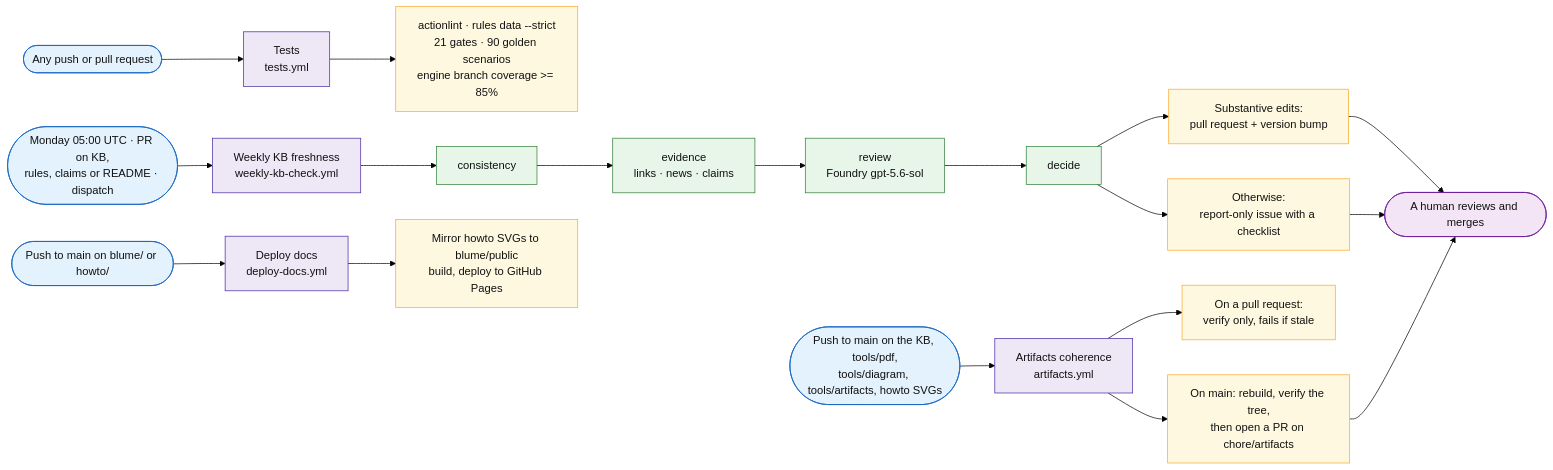
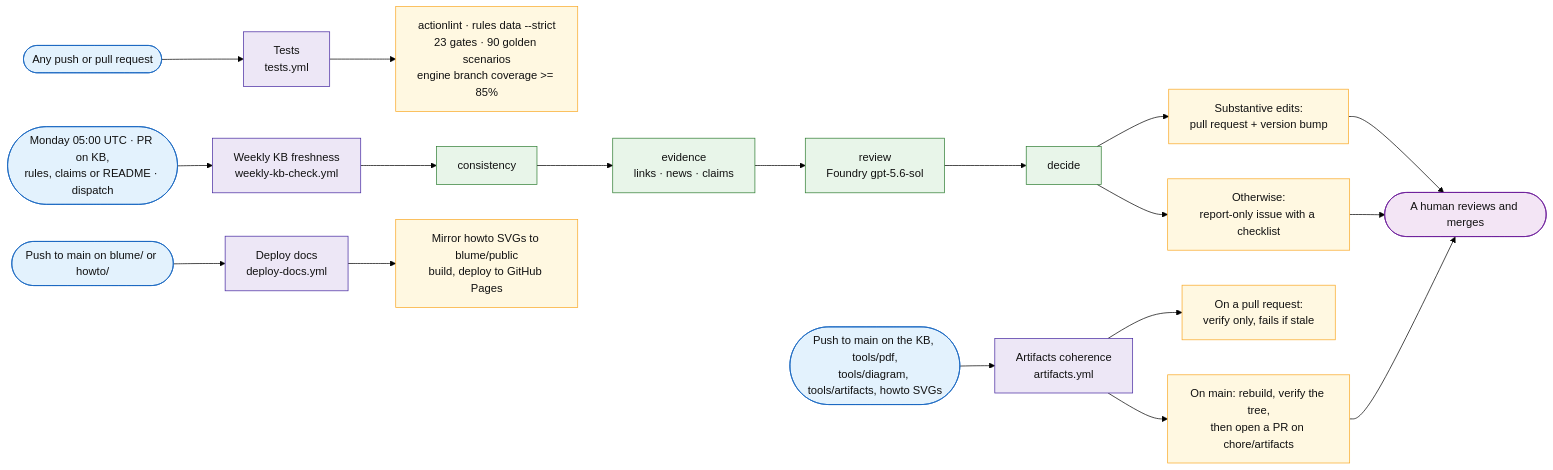
Before and after one commit to fredgis/sql-migration-advisor: the sixth of 6 diagrams in docs/sql-migration-advisor-developer-pitch.md, drawn with Mermaid (forest theme). The commit also changed other lines of this file and 3 other files, not shown here.

````diff
--- a/docs/sql-migration-advisor-developer-pitch.md
+++ b/docs/sql-migration-advisor-developer-pitch.md
@@ -964,33 +985,33 @@
 ```mermaid
 flowchart LR
     G1([Any push or pull request]) --> W1[Tests<br/>tests.yml]
     G2([Monday 05:00 UTC · PR on KB,<br/>rules, claims or README · dispatch]) --> W2[Weekly KB freshness<br/>weekly-kb-check.yml]
     G3([Push to main on the KB, tools/pdf,<br/>tools/diagram, tools/artifacts, howto SVGs]) --> W3[Artifacts coherence<br/>artifacts.yml]
     G4([Push to main on blume/ or howto/]) --> W4[Deploy docs<br/>deploy-docs.yml]
 
-    W1 --> O1[actionlint · rules data --strict<br/>21 gates · 90 golden scenarios<br/>engine branch coverage >= 85%]
+    W1 --> O1[actionlint · rules data --strict<br/>23 gates · 90 golden scenarios<br/>engine branch coverage >= 85%]
 
     W2 --> C1[consistency] --> C2[evidence<br/>links · news · claims] --> C3[review<br/>Foundry gpt-5.6-sol] --> C4[decide]
     C4 --> O2a[Substantive edits:<br/>pull request + version bump]
     C4 --> O2b[Otherwise:<br/>report-only issue with a checklist]
 
     W3 --> O3a[On a pull request:<br/>verify only, fails if stale]
     W3 --> O3b[On main: rebuild, verify the tree,<br/>then open a PR on chore/artifacts]
 
     W4 --> O4[Mirror howto SVGs to blume/public<br/>build, deploy to GitHub Pages]
 
     O2a --> H([A human reviews and merges])
     O2b --> H
     O3b --> H
 
     classDef trig fill:#e3f2fd,stroke:#1565c0,color:#111
     classDef flow fill:#ede7f6,stroke:#4527a0,color:#111
     classDef step fill:#e8f5e9,stroke:#2e7d32,color:#111
     classDef out fill:#fff8e1,stroke:#f9a825,color:#111
     classDef human fill:#f3e5f5,stroke:#6a1b9a,color:#111
     class G1,G2,G3,G4 trig
     class W1,W2,W3,W4 flow
     class C1,C2,C3,C4 step
     class O1,O2a,O2b,O3a,O3b,O4 out
     class H human
 ```
````
